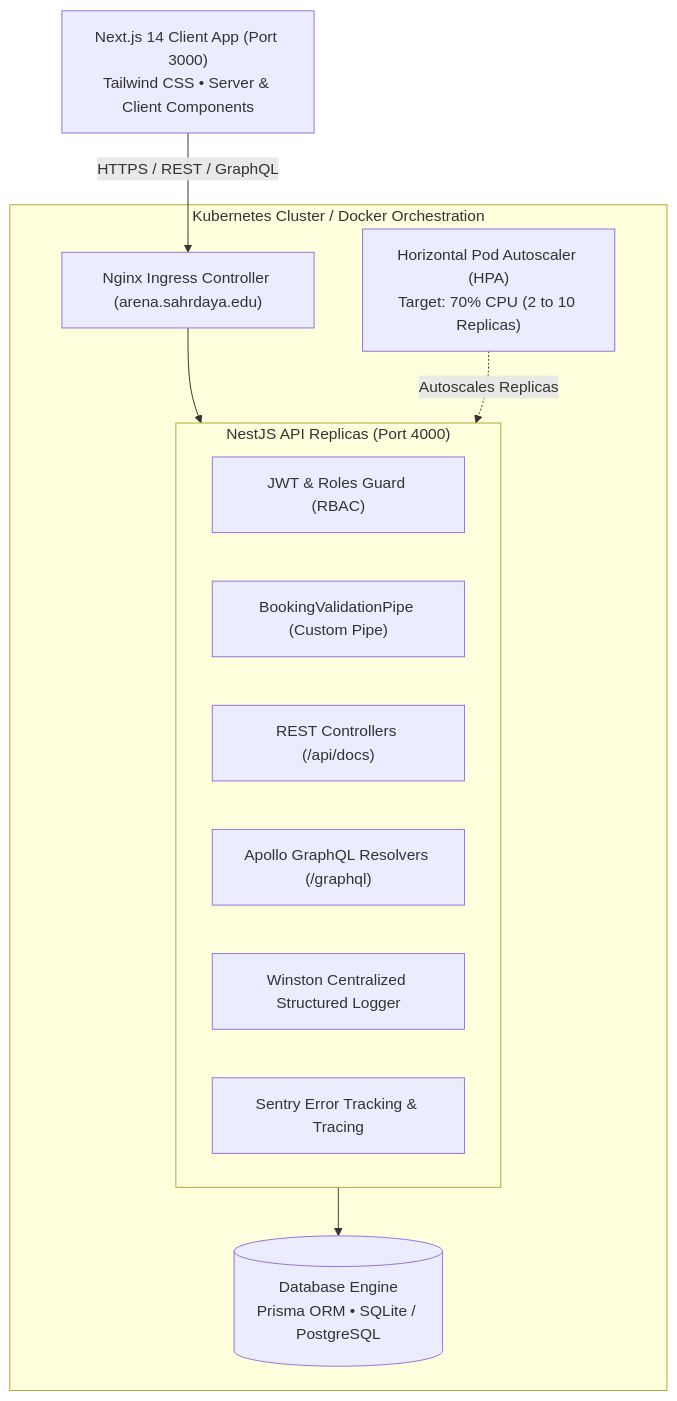
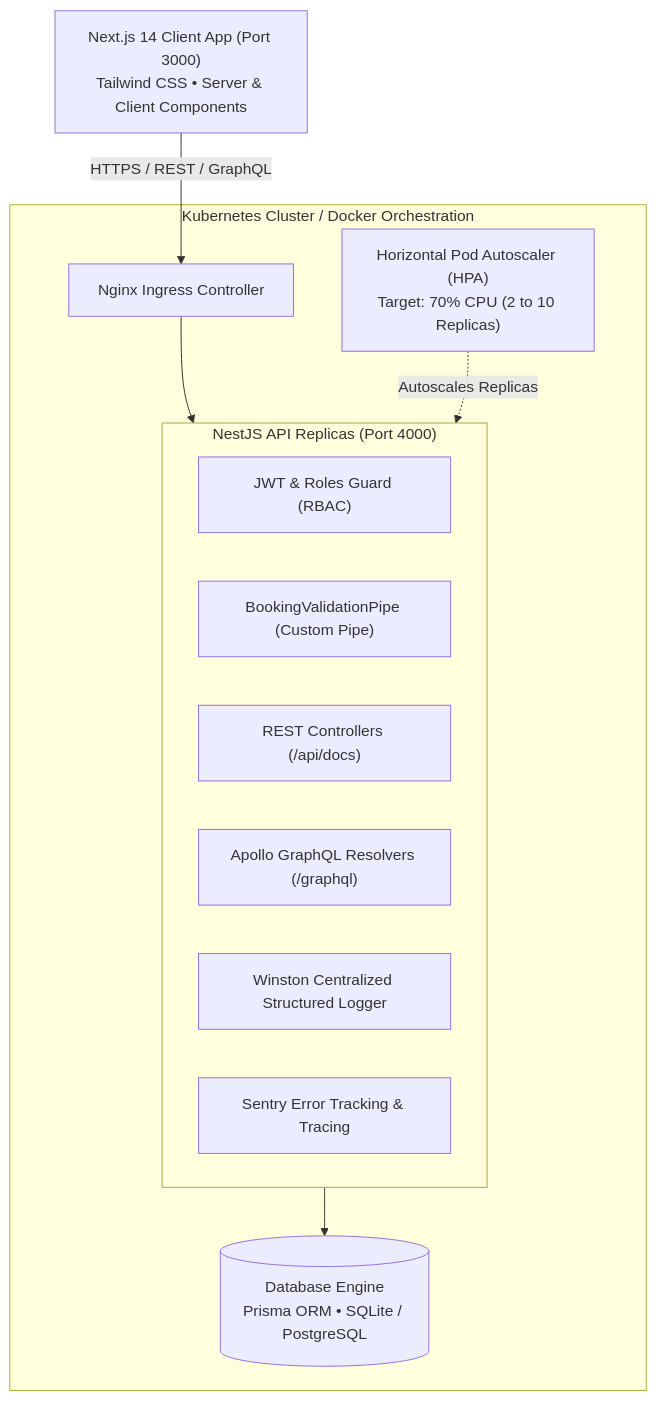
The first of 2 diagrams in README.md (Adithya-Jayakumar/Campus-Arena), drawn with Mermaid before and after one commit. The commit also changed other lines of this file and 29 other files, not shown here.

````diff
--- a/README.md
+++ b/README.md
@@ -62,25 +21,25 @@
 ```mermaid
 flowchart TD
     Client["Next.js 14 Client App (Port 3000)\nTailwind CSS • Server & Client Components"]
     
     subgraph K8sCluster["Kubernetes Cluster / Docker Orchestration"]
-        Ingress["Nginx Ingress Controller (arena.sahrdaya.edu)"]
+        Ingress["Nginx Ingress Controller"]
         HPA["Horizontal Pod Autoscaler (HPA)\nTarget: 70% CPU (2 to 10 Replicas)"]
         
         subgraph BackendPods["NestJS API Replicas (Port 4000)"]
             Guards["JWT & Roles Guard (RBAC)"]
             Pipes["BookingValidationPipe (Custom Pipe)"]
             REST["REST Controllers (/api/docs)"]
             GQL["Apollo GraphQL Resolvers (/graphql)"]
             Logger["Winston Centralized Structured Logger"]
             Sentry["Sentry Error Tracking & Tracing"]
         end
         
         DB[("Database Engine\nPrisma ORM • SQLite / PostgreSQL")]
     end
     
     Client -->|HTTPS / REST / GraphQL| Ingress
     Ingress --> BackendPods
     HPA -.->|Autoscales Replicas| BackendPods
     BackendPods --> DB
 ```
````
